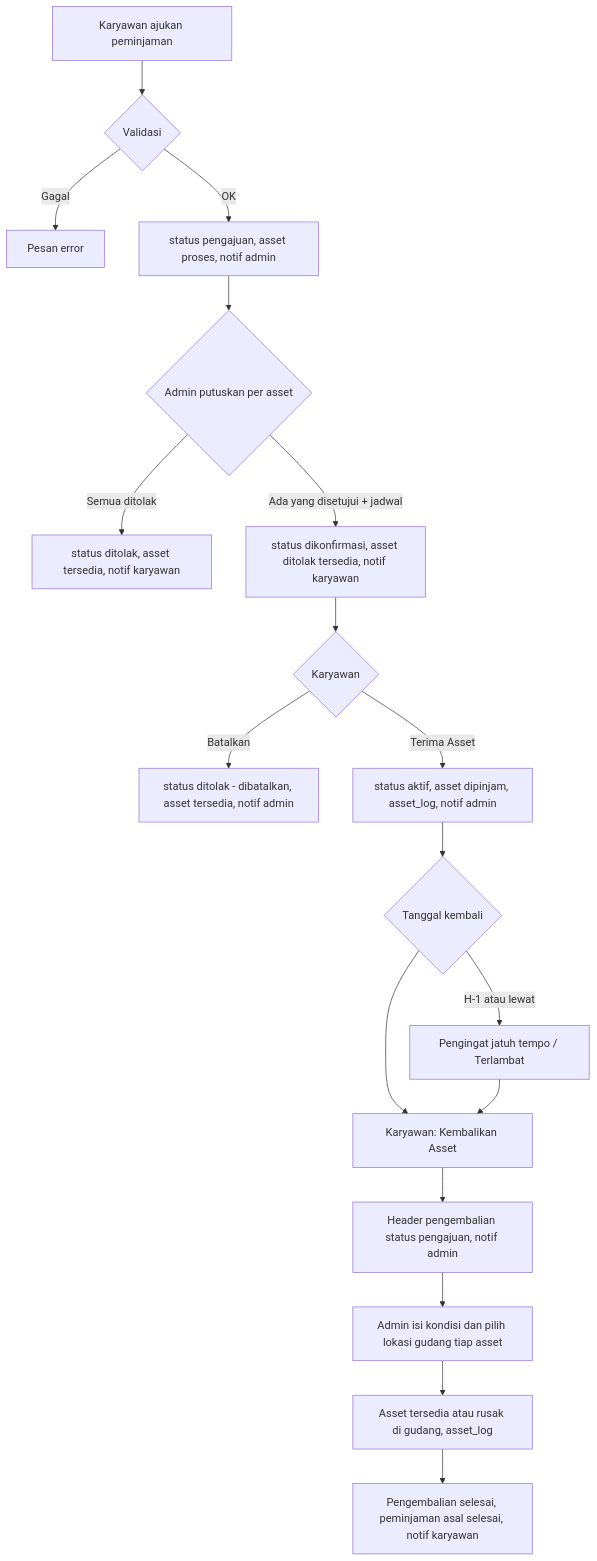
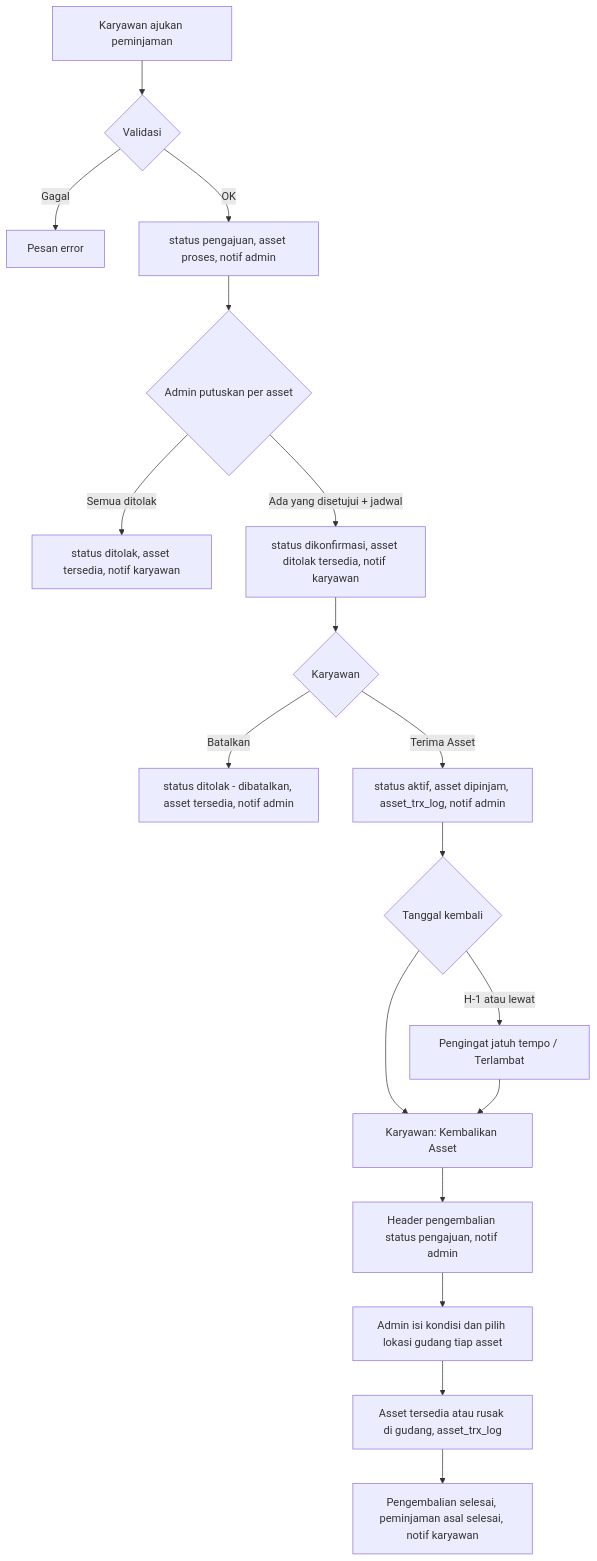
One commit to setiyawan12/DOKUMENTASI-ASSET changed the first of 5 diagrams in dokumentasi-asset-peminjaman-karyawan.md. Above: the diagram before and after it, drawn with Mermaid. The commit also changed other lines of this file and 34 other files, not shown here.

````diff
--- a/dokumentasi-asset-peminjaman-karyawan.md
+++ b/dokumentasi-asset-peminjaman-karyawan.md
@@ -253,20 +253,20 @@
 ```mermaid
 flowchart TD
     A[Karyawan ajukan peminjaman] --> B{Validasi}
     B -->|Gagal| X[Pesan error]
     B -->|OK| C[status pengajuan, asset proses, notif admin]
     C --> D{Admin putuskan per asset}
     D -->|Semua ditolak| E[status ditolak, asset tersedia, notif karyawan]
     D -->|Ada yang disetujui + jadwal| F[status dikonfirmasi, asset ditolak tersedia, notif karyawan]
     F --> G{Karyawan}
     G -->|Batalkan| H[status ditolak - dibatalkan, asset tersedia, notif admin]
-    G -->|Terima Asset| I[status aktif, asset dipinjam, asset_log, notif admin]
+    G -->|Terima Asset| I[status aktif, asset dipinjam, asset_trx_log, notif admin]
     I --> J{Tanggal kembali}
     J -->|H-1 atau lewat| K[Pengingat jatuh tempo / Terlambat]
     J --> L[Karyawan: Kembalikan Asset]
     K --> L
     L --> M[Header pengembalian status pengajuan, notif admin]
     M --> N[Admin isi kondisi dan pilih lokasi gudang tiap asset]
-    N --> O[Asset tersedia atau rusak di gudang, asset_log]
+    N --> O[Asset tersedia atau rusak di gudang, asset_trx_log]
     O --> P[Pengembalian selesai, peminjaman asal selesai, notif karyawan]
 ```
````
